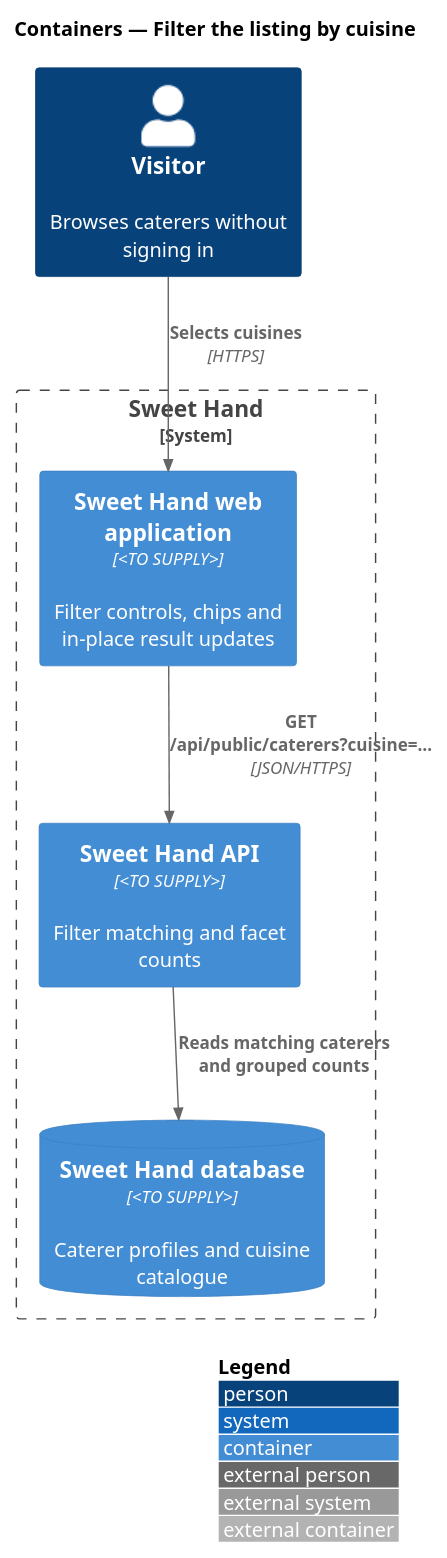
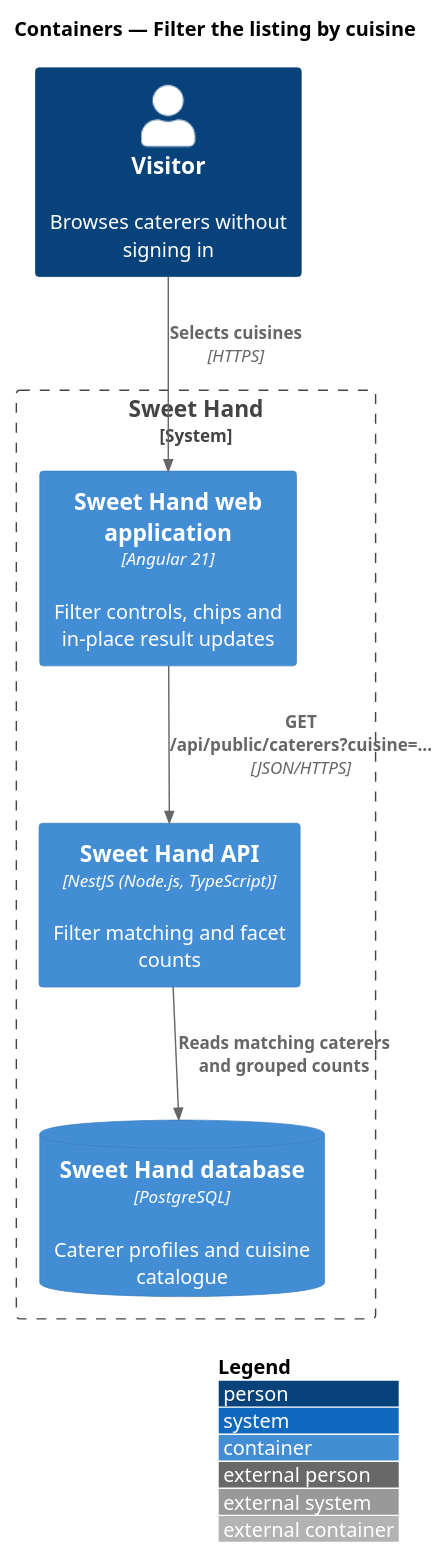
Before and after one commit to QuinntyneBrown/sweet-hand: the diagram in docs/detailed-designs/discovery/filter-by-cuisine/diagrams/c4-container.puml, drawn with PlantUML. The commit also changed 32 other files, not shown here.

```diff
--- a/docs/detailed-designs/discovery/filter-by-cuisine/diagrams/c4-container.puml
+++ b/docs/detailed-designs/discovery/filter-by-cuisine/diagrams/c4-container.puml
@@ -1,15 +1,15 @@
 @startuml
 !include <C4/C4_Container>
 LAYOUT_WITH_LEGEND()
 title Containers — Filter the listing by cuisine
 
 Person(visitor, "Visitor", "Browses caterers without signing in")
 System_Boundary(sweethand, "Sweet Hand") {
-  Container(web, "Sweet Hand web application", "<TO SUPPLY>", "Filter controls, chips and in-place result updates")
-  Container(api, "Sweet Hand API", "<TO SUPPLY>", "Filter matching and facet counts")
-  ContainerDb(db, "Sweet Hand database", "<TO SUPPLY>", "Caterer profiles and cuisine catalogue")
+  Container(web, "Sweet Hand web application", "Angular 21", "Filter controls, chips and in-place result updates")
+  Container(api, "Sweet Hand API", "NestJS (Node.js, TypeScript)", "Filter matching and facet counts")
+  ContainerDb(db, "Sweet Hand database", "PostgreSQL", "Caterer profiles and cuisine catalogue")
 }
 Rel(visitor, web, "Selects cuisines", "HTTPS")
 Rel(web, api, "GET /api/public/caterers?cuisine=…", "JSON/HTTPS")
 Rel(api, db, "Reads matching caterers and grouped counts")
 @enduml
```
